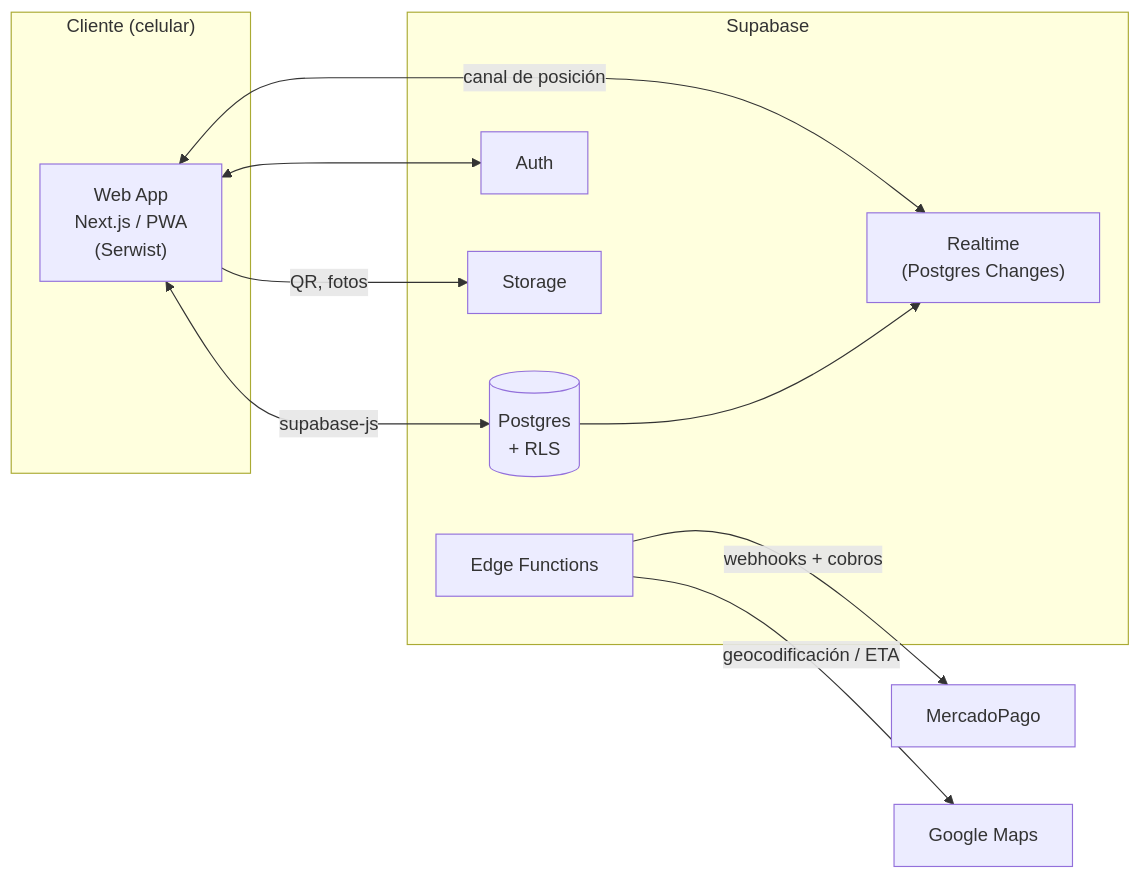
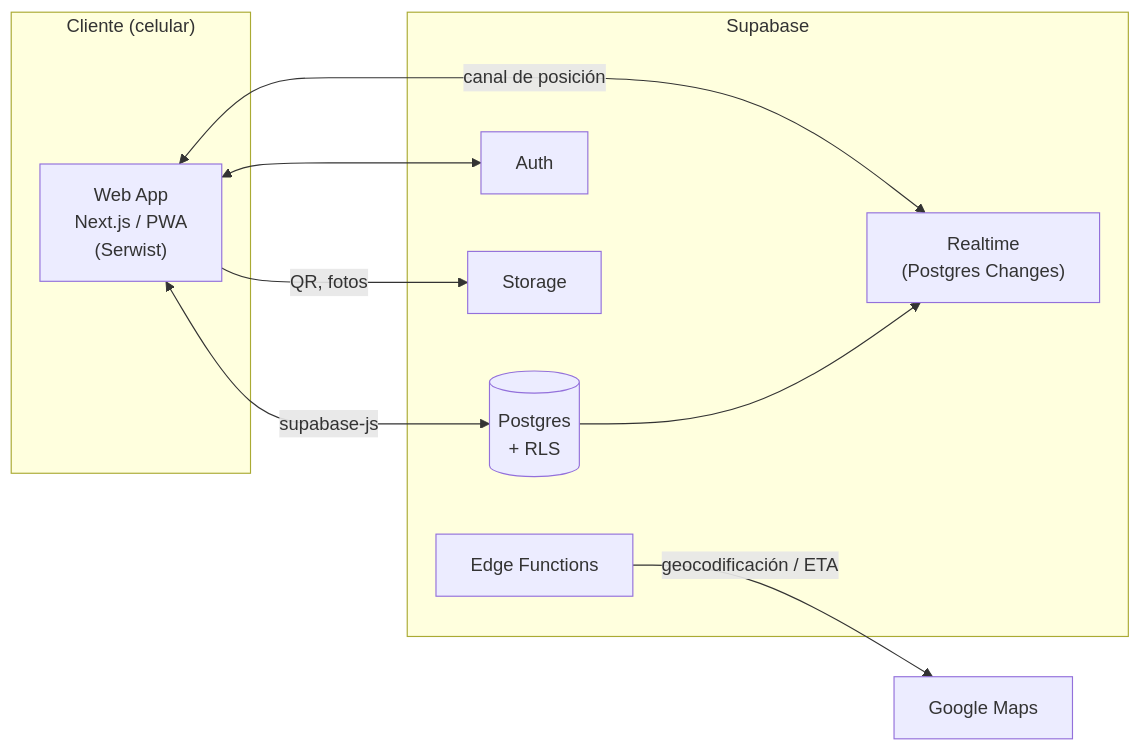
Before and after one commit to Estudio-Nomade/tubi: the third of 5 diagrams in docs/02-arquitectura.md, drawn with Mermaid. The commit also changed other lines of this file and 4 other files, not shown here.

Commit message:
docs: pago en efectivo/transferencia (sin MercadoPago) + registro de conductor

````diff
--- a/docs/02-arquitectura.md
+++ b/docs/02-arquitectura.md
@@ -190,20 +189,19 @@
 ```mermaid
 flowchart LR
     subgraph Cliente["Cliente (celular)"]
         WEB["Web App<br/>Next.js / PWA<br/>(Serwist)"]
     end
     subgraph Supabase["Supabase"]
         DB[("Postgres<br/>+ RLS")]
         AUTH["Auth"]
         RT["Realtime<br/>(Postgres Changes)"]
         ST["Storage"]
         FN["Edge Functions"]
     end
     WEB <-->|supabase-js| DB
     WEB <--> AUTH
     WEB <-->|canal de posición| RT
     WEB -->|QR, fotos| ST
-    FN -->|webhooks + cobros| MP["MercadoPago"]
     FN -->|geocodificación / ETA| GM["Google Maps"]
     DB --> RT
 ```
````
